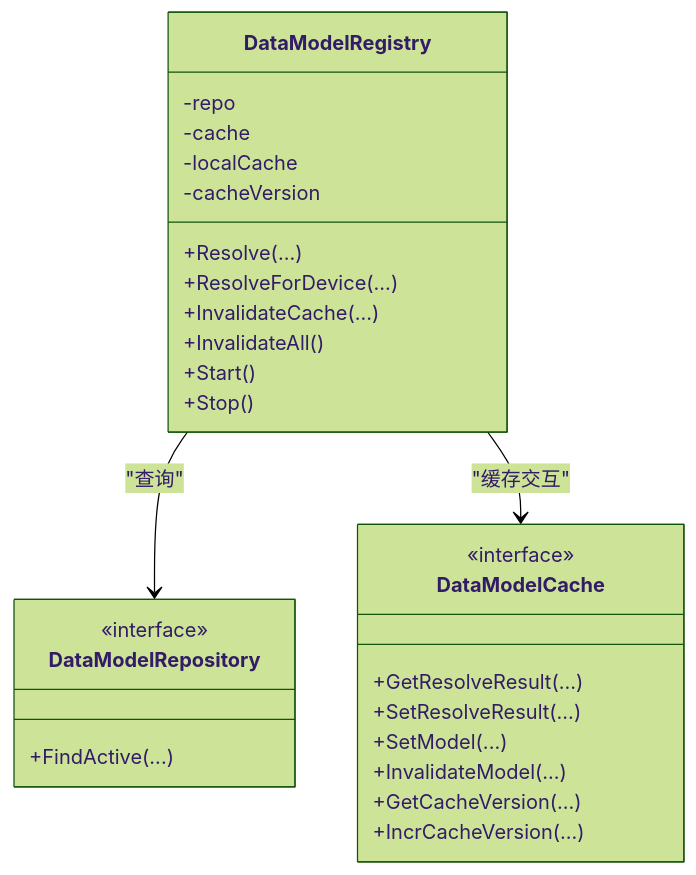
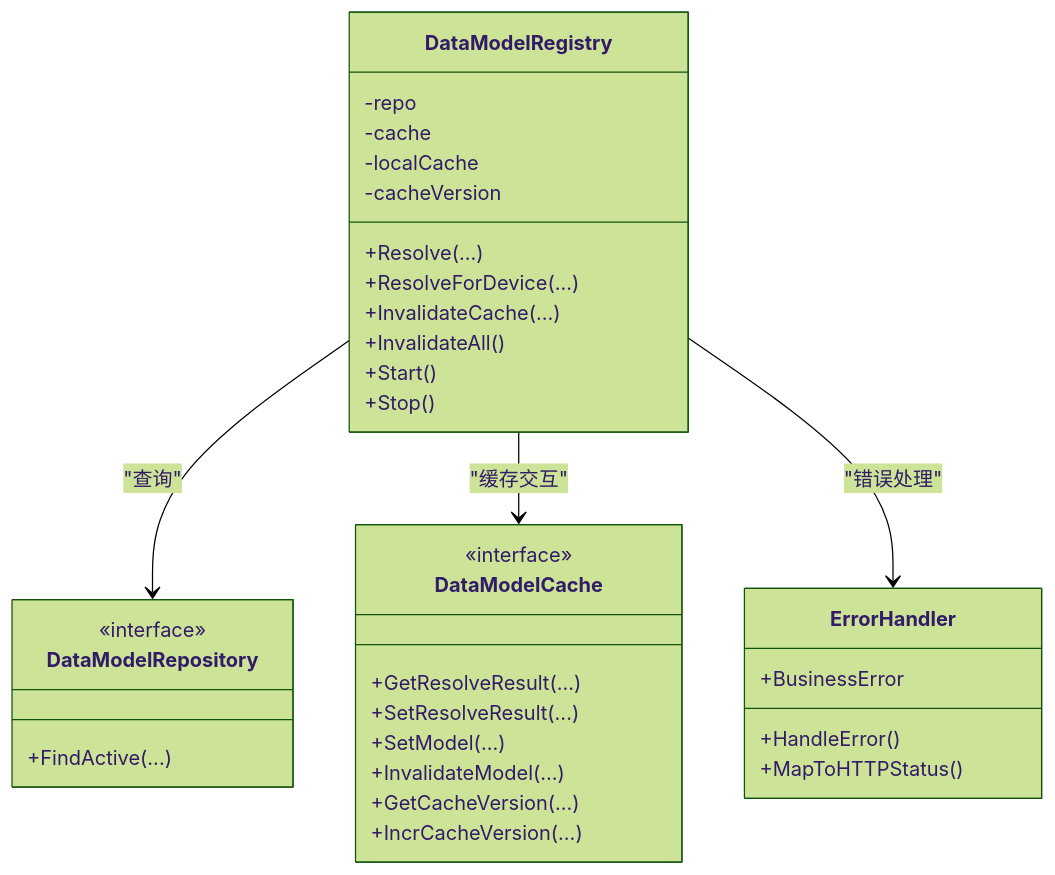
Before and after one commit to bixinhaner/xomc: the fourth of 6 diagrams in .qoder/repowiki/zh/content/多运营商适配/数据模型管理.md, drawn with Mermaid (forest theme). The commit also changed other lines of this file and 4 other files, not shown here.

````diff
--- a/.qoder/repowiki/zh/content/多运营商适配/数据模型管理.md
+++ b/.qoder/repowiki/zh/content/多运营商适配/数据模型管理.md
@@ -200,30 +233,36 @@
 ```mermaid
 classDiagram
 class DataModelRegistry {
 -repo
 -cache
 -localCache
 -cacheVersion
 +Resolve(...)
 +ResolveForDevice(...)
 +InvalidateCache(...)
 +InvalidateAll()
 +Start()
 +Stop()
 }
 class DataModelRepository {
 <<interface>>
 +FindActive(...)
 }
 class DataModelCache {
 <<interface>>
 +GetResolveResult(...)
 +SetResolveResult(...)
 +SetModel(...)
 +InvalidateModel(...)
 +GetCacheVersion(...)
 +IncrCacheVersion(...)
 }
+class ErrorHandler {
++HandleError()
++MapToHTTPStatus()
++BusinessError
+}
 DataModelRegistry --> DataModelRepository : "查询"
 DataModelRegistry --> DataModelCache : "缓存交互"
+DataModelRegistry --> ErrorHandler : "错误处理"
 ```
````
